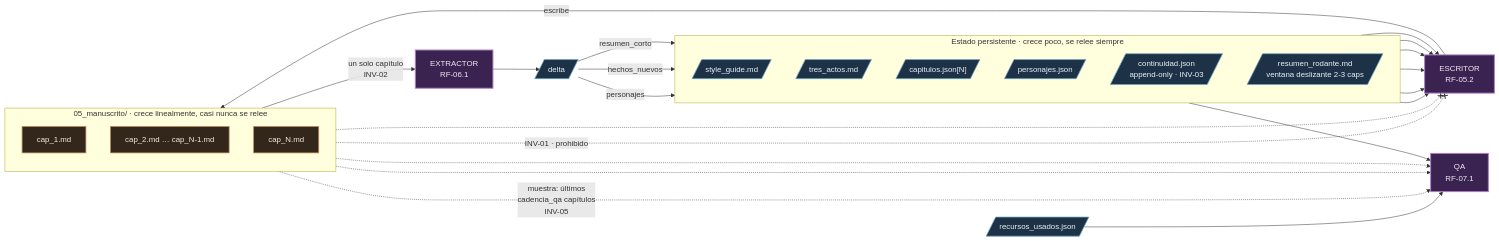
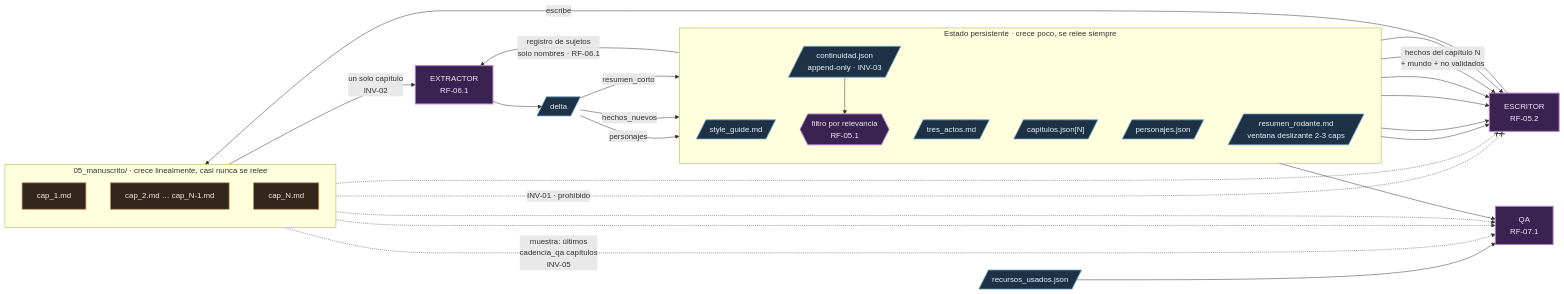
One commit to HaroldSebastianqaracter/novelas-de-horror-espacial changed the third of 5 diagrams in diagrama-flujo.md. Above: the diagram before and after it, drawn with Mermaid. The commit also changed 4 other files, not shown here.

````diff
--- a/diagrama-flujo.md
+++ b/diagrama-flujo.md
@@ -129,55 +129,59 @@
 ```mermaid
 flowchart LR
     subgraph ESTADO["Estado persistente · crece poco, se relee siempre"]
         direction TB
         S1[/"style_guide.md"/]
         S2[/"tres_actos.md"/]
         S3[/"capitulos.json[N]"/]
         S4[/"personajes.json"/]
         S5[/"continuidad.json<br/>append-only · INV-03"/]
+        FIL{{"filtro por relevancia<br/>RF-05.1"}}
         S6[/"resumen_rodante.md<br/>ventana deslizante 2-3 caps"/]
     end
 
     ESC["ESCRITOR<br/>RF-05.2"]
     EXT["EXTRACTOR<br/>RF-06.1"]
     AQA["QA<br/>RF-07.1"]
     RECURSOS[/"recursos_usados.json"/]
 
     subgraph MANUSCRITO["05_manuscrito/ · crece linealmente, casi nunca se relee"]
         direction TB
         M1["cap_1.md"]
         M2["cap_2.md … cap_N-1.md"]
         MN["cap_N.md"]
     end
 
     S1 --> ESC
     S2 --> ESC
     S3 --> ESC
     S4 --> ESC
-    S5 --> ESC
+    S5 --> FIL
+    FIL -->|"hechos del capítulo N<br/>+ mundo + no validados"| ESC
     S6 --> ESC
     ESC -->|"escribe"| MN
 
     MN -->|"un solo capítulo<br/>INV-02"| EXT
+    S4 -->|"registro de sujetos<br/>solo nombres · RF-06.1"| EXT
     EXT --> D[/"delta"/]
     D -->|"personajes"| S4
     D -->|"hechos_nuevos"| S5
     D -->|"resumen_corto"| S6
 
     S5 --> AQA
     RECURSOS --> AQA
     M1 -.->|"muestra: últimos<br/>cadencia_qa capítulos<br/>INV-05"| AQA
     M2 -.-> AQA
     MN -.-> AQA
 
     M1 -. "INV-01 · prohibido" .-x ESC
     M2 -.-x ESC
 
     classDef agente fill:#3a2350,stroke:#b07cc6,stroke-width:2px,color:#f2e9f7
     classDef estado fill:#1e3247,stroke:#6ca6c6,stroke-width:1.5px,color:#e8f2f8
     classDef texto fill:#33261a,stroke:#c08a5c,stroke-width:1.5px,color:#f7ece2
 
     class ESC,EXT,AQA agente
     class S1,S2,S3,S4,S5,S6,RECURSOS,D estado
+    class FIL agente
     class M1,M2,MN texto
 ```
````
